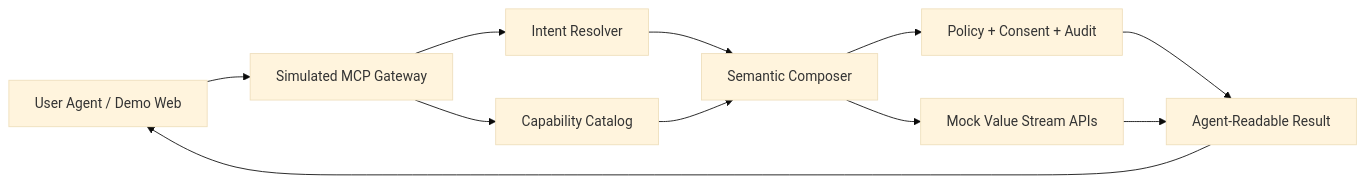
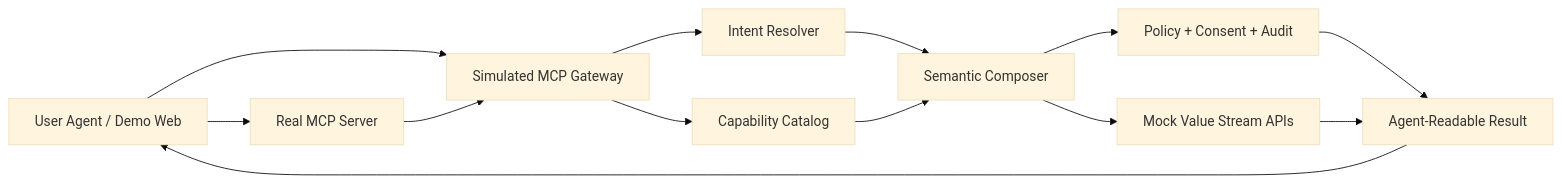
One commit to ceociocto/agent-bridge changed the diagram in POC_ARCHITECTURE.md. Above: the diagram before and after it, drawn with Mermaid (base theme). The commit also changed other lines of this file and 8 other files, not shown here.

Commit message:
Add real MCP server (#1)

````diff
--- a/POC_ARCHITECTURE.md
+++ b/POC_ARCHITECTURE.md
@@ -15,22 +15,25 @@
 ```mermaid
 flowchart LR
     Agent["User Agent / Demo Web"]
+    McpServer["Real MCP Server"]
     Gateway["Simulated MCP Gateway"]
     Catalog["Capability Catalog"]
     Intent["Intent Resolver"]
     Composer["Semantic Composer"]
     Policy["Policy + Consent + Audit"]
     MockApis["Mock Value Stream APIs"]
     Result["Agent-Readable Result"]
 
     Agent --> Gateway
+    Agent --> McpServer
+    McpServer --> Gateway
     Gateway --> Catalog
     Gateway --> Intent
     Intent --> Composer
     Catalog --> Composer
     Composer --> Policy
     Composer --> MockApis
     Policy --> Result
     MockApis --> Result
     Result --> Agent
 ```
````
